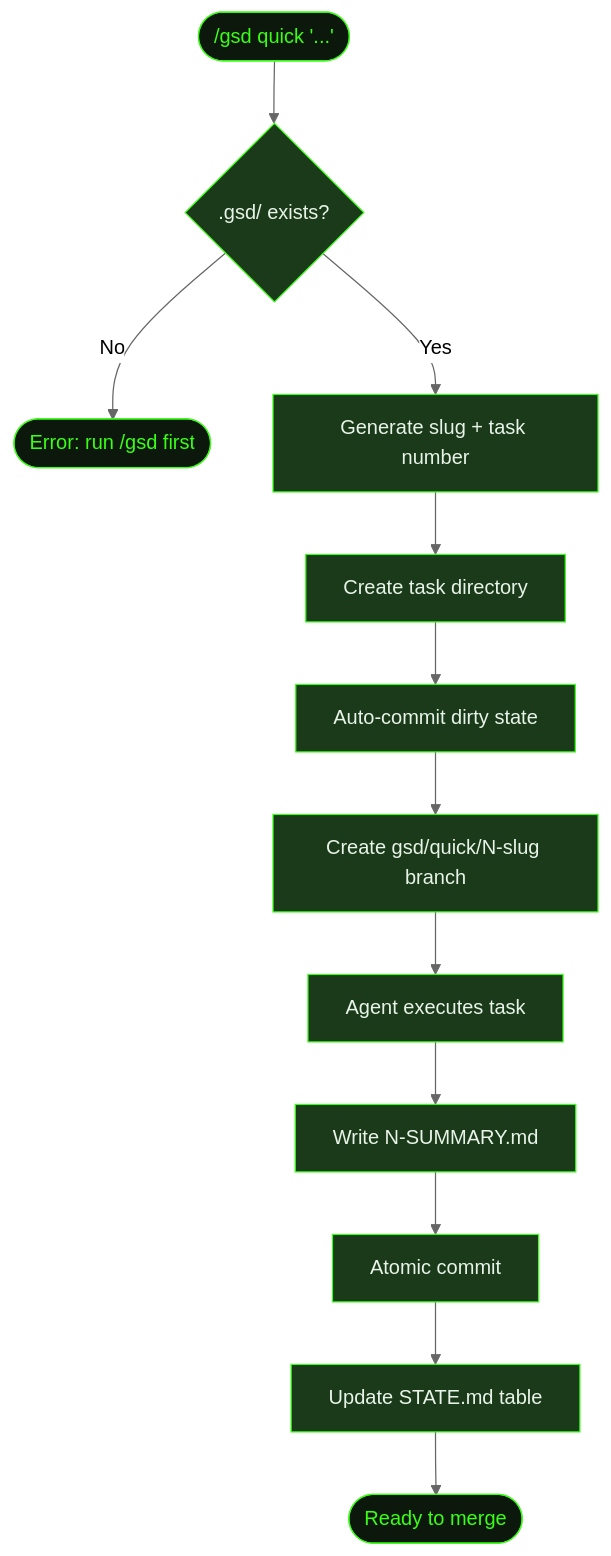
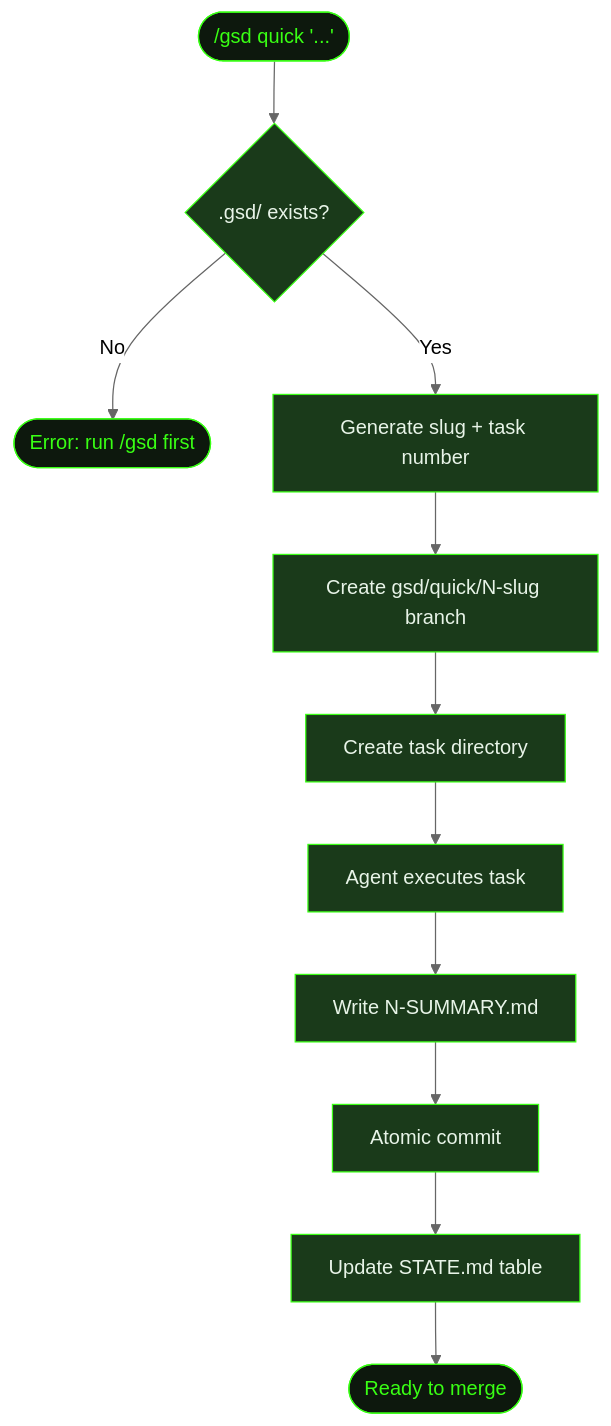
Before and after one commit to shusha-group/gsd2-guide: the diagram in src/content/docs/recipes/small-change.mdx, drawn with Mermaid (neutral theme). The commit also changed other lines of this file and 33 other files, not shown here.

````diff
--- a/src/content/docs/recipes/small-change.mdx
+++ b/src/content/docs/recipes/small-change.mdx
@@ -42,27 +42,25 @@
 ```mermaid
 flowchart TD
     Start(["/gsd quick '...'"]) --> Validate{.gsd/ exists?}
     Validate -->|No| Fail([Error: run /gsd first])
     Validate -->|Yes| Slug[Generate slug + task number]
-    Slug --> TaskDir[Create task directory]
-    TaskDir --> AutoCommit[Auto-commit dirty state]
-    AutoCommit --> Branch[Create gsd/quick/N-slug branch]
-    Branch --> Execute[Agent executes task]
+    Slug --> Branch[Create gsd/quick/N-slug branch]
+    Branch --> TaskDir[Create task directory]
+    TaskDir --> Execute[Agent executes task]
     Execute --> Summary[Write N-SUMMARY.md]
     Summary --> Commit[Atomic commit]
     Commit --> State[Update STATE.md table]
     State --> Done([Ready to merge])
 
     style Start fill:#0d180d,stroke:#39ff14,color:#39ff14
     style Fail fill:#0d180d,stroke:#39ff14,color:#39ff14
     style Done fill:#0d180d,stroke:#39ff14,color:#39ff14
     style Validate fill:#1a3a1a,stroke:#39ff14,color:#e8f4e8
     style Slug fill:#1a3a1a,stroke:#39ff14,color:#e8f4e8
+    style Branch fill:#1a3a1a,stroke:#39ff14,color:#e8f4e8
     style TaskDir fill:#1a3a1a,stroke:#39ff14,color:#e8f4e8
-    style AutoCommit fill:#1a3a1a,stroke:#39ff14,color:#e8f4e8
-    style Branch fill:#1a3a1a,stroke:#39ff14,color:#e8f4e8
     style Execute fill:#1a3a1a,stroke:#39ff14,color:#e8f4e8
     style Summary fill:#1a3a1a,stroke:#39ff14,color:#e8f4e8
     style Commit fill:#1a3a1a,stroke:#39ff14,color:#e8f4e8
     style State fill:#1a3a1a,stroke:#39ff14,color:#e8f4e8
 ```
````
